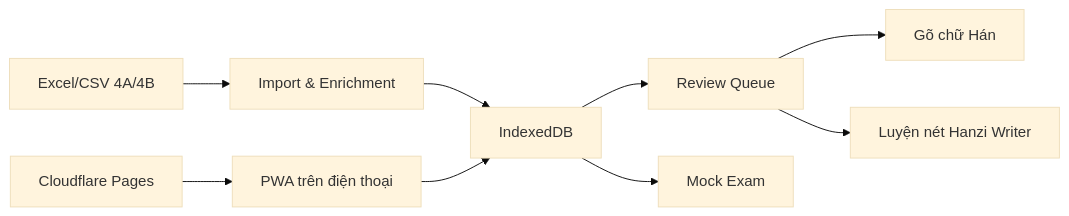
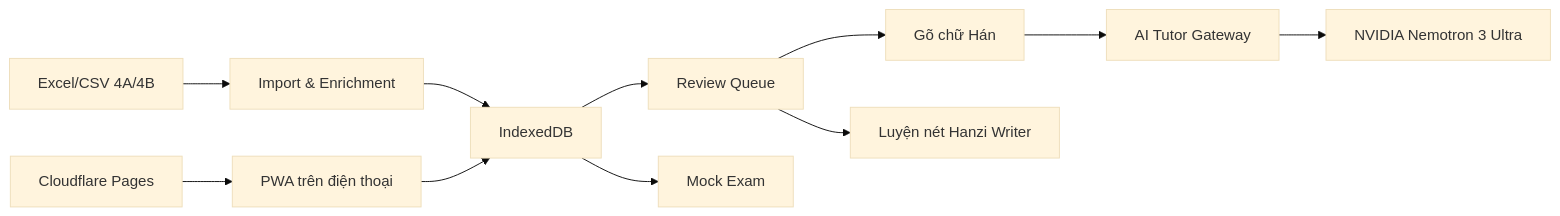
The diagram in README.md (meiiie/hong_hsk), drawn with Mermaid (base theme) before and after one commit. The commit also changed other lines of this file and 24 other files, not shown here.

````diff
--- a/README.md
+++ b/README.md
@@ -65,11 +66,13 @@
 ```mermaid
 flowchart LR
   A["Excel/CSV 4A/4B"] --> B["Import & Enrichment"]
   B --> C["IndexedDB"]
   C --> D["Review Queue"]
   D --> E["Gõ chữ Hán"]
   D --> F["Luyện nét Hanzi Writer"]
+  E --> J["AI Tutor Gateway"]
+  J --> K["NVIDIA Nemotron 3 Ultra"]
   C --> G["Mock Exam"]
   H["Cloudflare Pages"] --> I["PWA trên điện thoại"]
   I --> C
 ```
````
